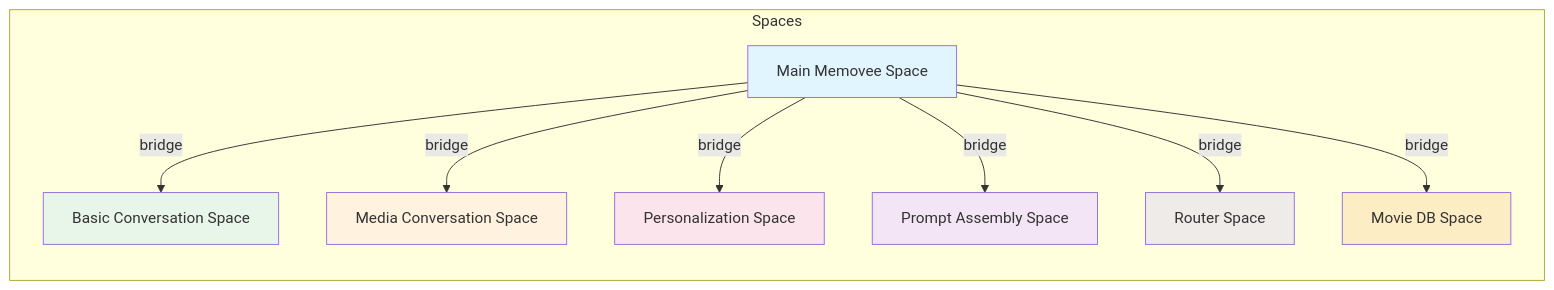
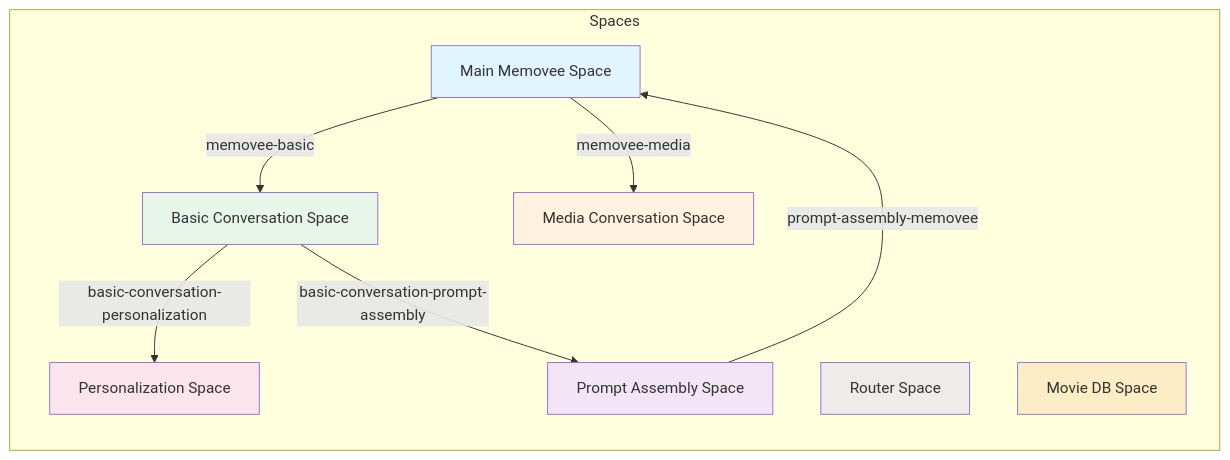
One commit to upmaru/memovee-tama changed the diagram in README.md. Above: the diagram before and after it, drawn with Mermaid. The commit also changed other lines of this file, not shown here.

Commit message:
Fix space relationships

````diff
--- a/README.md
+++ b/README.md
@@ -58,27 +58,26 @@
 ```mermaid
 graph LR
     subgraph Spaces
         A[Main Memovee Space] 
         B[Basic Conversation Space]
         C[Media Conversation Space]
         D[Personalization Space]
         E[Prompt Assembly Space]
         F[Router Space]
         G[Movie DB Space]
     end
     
-    A -- "bridge" --> B
-    A -- "bridge" --> C
-    A -- "bridge" --> D
-    A -- "bridge" --> E
-    A -- "bridge" --> F
-    A -- "bridge" --> G
+    A -- "memovee-basic" --> B
+    A -- "memovee-media" --> C
+    B -- "basic-conversation-personalization" --> D
+    B -- "basic-conversation-prompt-assembly" --> E
+    E -- "prompt-assembly-memovee" --> A
     
     style A fill:#e1f5fe
     style B fill:#e8f5e9
     style C fill:#fff3e0
     style D fill:#fce4ec
     style E fill:#f3e5f5
     style F fill:#efebe9
     style G fill:#fcedc4
 ```
````
